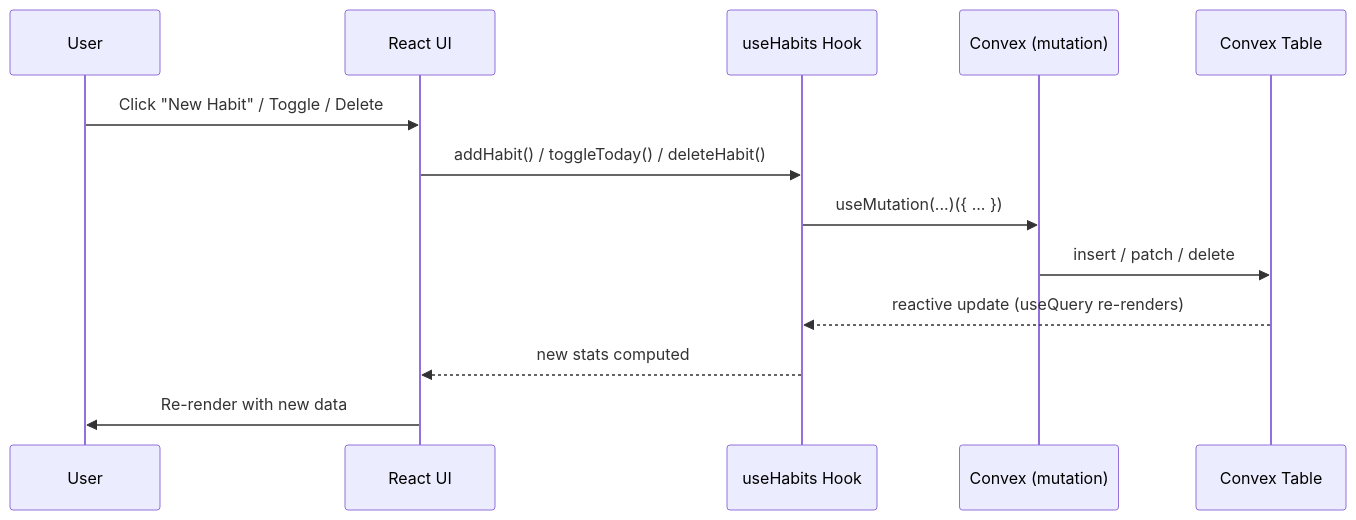
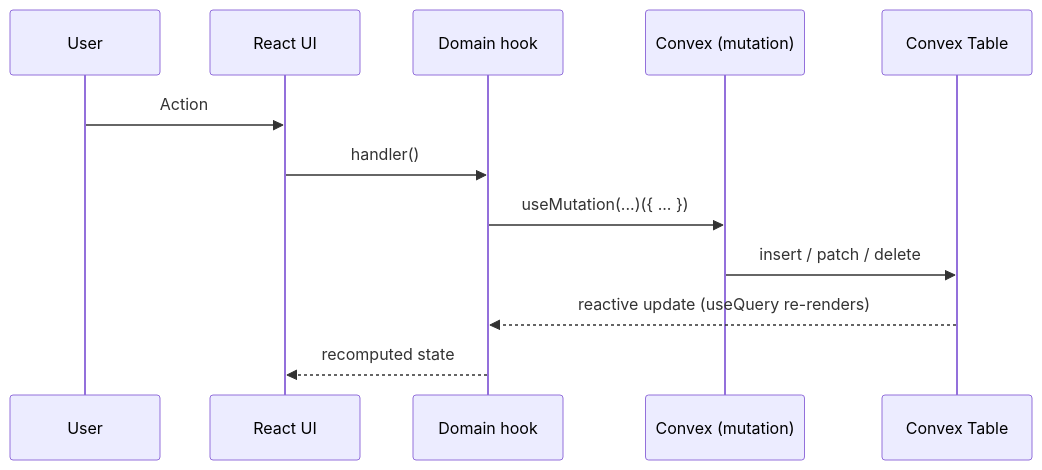
Before and after one commit to Moballig/habitforge: the second of 5 diagrams in docs/ARCHITECTURE.md, drawn with Mermaid. The commit also changed other lines of this file and 5 other files, not shown here.

````diff
--- a/docs/ARCHITECTURE.md
+++ b/docs/ARCHITECTURE.md
@@ -128,16 +217,15 @@
 ```mermaid
 sequenceDiagram
     participant U as User
     participant UI as React UI
-    participant H as useHabits Hook
+    participant H as Domain hook
     participant C as Convex (mutation)
     participant DB as Convex Table
 
-    U->>UI: Click "New Habit" / Toggle / Delete
-    UI->>H: addHabit() / toggleToday() / deleteHabit()
+    U->>UI: Action
+    UI->>H: handler()
     H->>C: useMutation(...)({ ... })
     C->>DB: insert / patch / delete
     DB-->>H: reactive update (useQuery re-renders)
-    H-->>UI: new stats computed
-    UI->>U: Re-render with new data
+    H-->>UI: recomputed state
 ```
````
